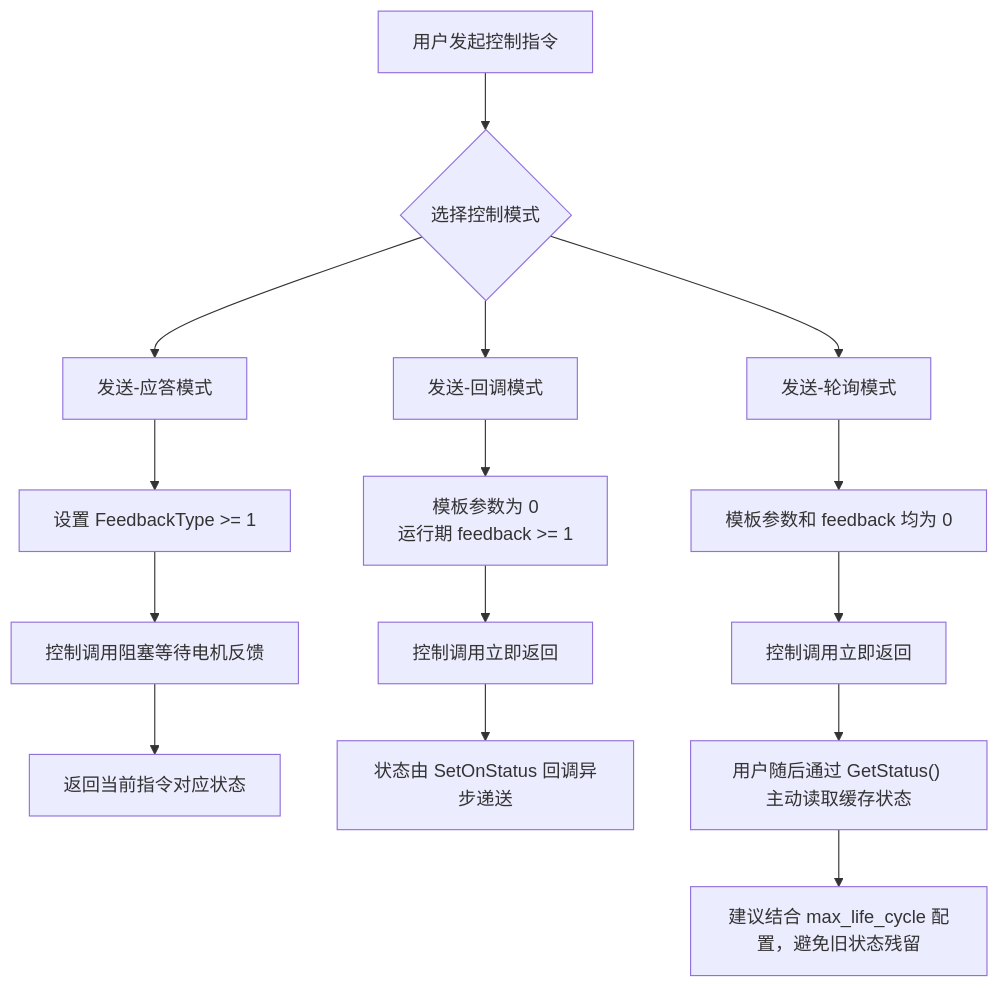
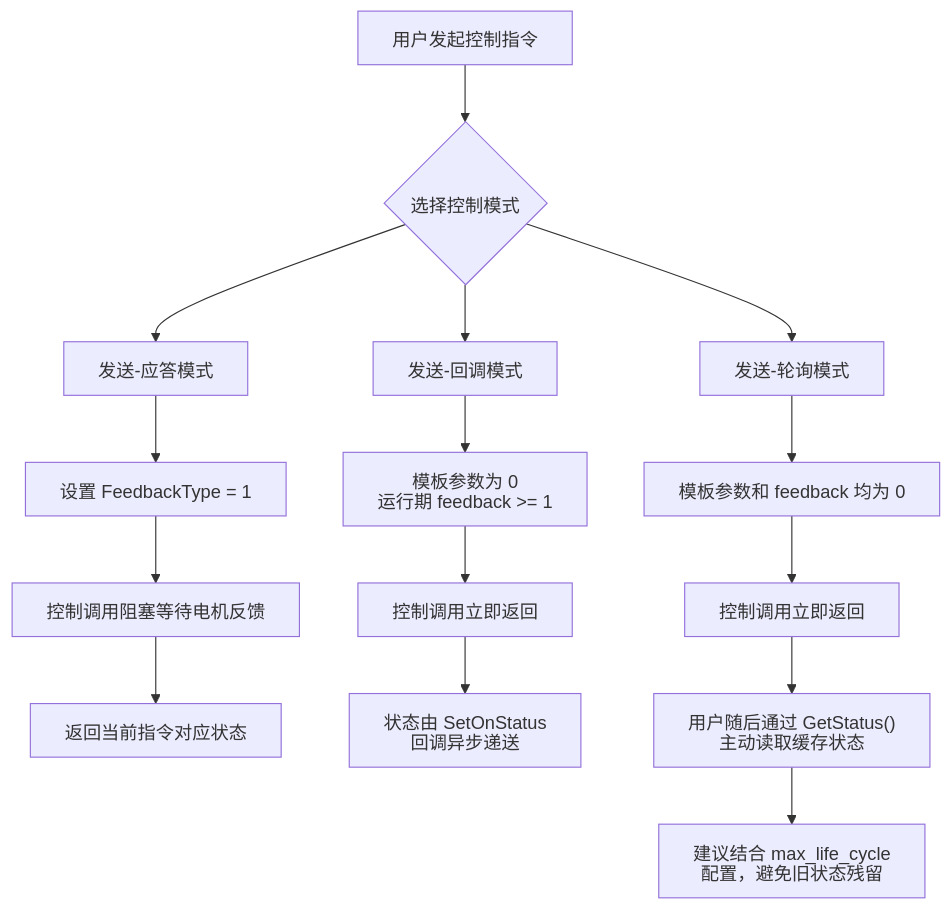
The diagram in docs/diagrams/motor_control_modes_overview.mmd (EncosTech/encos_driver), drawn with Mermaid before and after one commit. The commit also changed 60 other files, not shown here.

```diff
--- a/docs/diagrams/motor_control_modes_overview.mmd
+++ b/docs/diagrams/motor_control_modes_overview.mmd
@@ -1,19 +1,20 @@
+%%{init: {"htmlLabels": false}}%%
 flowchart TB
     Start["用户发起控制指令"] --> Mode{"选择控制模式"}
 
     Mode --> Ack["发送-应答模式"]
     Mode --> Callback["发送-回调模式"]
     Mode --> Poll["发送-轮询模式"]
 
     Ack --> Ack1["设置 FeedbackType >= 1"]
     Ack1 --> Ack2["控制调用阻塞等待电机反馈"]
     Ack2 --> Ack3["返回当前指令对应状态"]
 
     Callback --> Cb1["模板参数为 0<br/>运行期 feedback >= 1"]
     Cb1 --> Cb2["控制调用立即返回"]
     Cb2 --> Cb3["状态由 SetOnStatus 回调异步递送"]
 
     Poll --> P1["模板参数和 feedback 均为 0"]
     P1 --> P2["控制调用立即返回"]
     P2 --> P3["用户随后通过 GetStatus() 主动读取缓存状态"]
     P3 --> P4["建议结合 max_life_cycle 配置，避免旧状态残留"]
```
